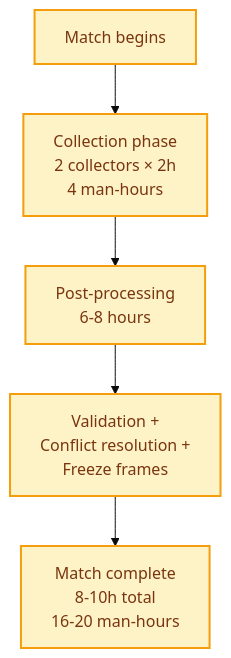
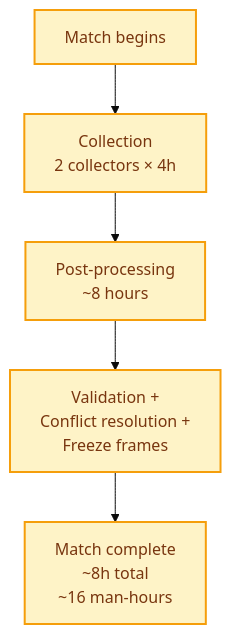
Before and after one commit to saadshahd/saadshahd.github.io: the first of 2 diagrams in src/pages/portfolio/statsbomb.mdx, drawn with Mermaid (base theme). The commit also changed other lines of this file, not shown here.

Commit message:
style(diagrams): reduce header-to-diagram spacing (mb-6 → mb-2)

````diff
--- a/src/pages/portfolio/statsbomb.mdx
+++ b/src/pages/portfolio/statsbomb.mdx
@@ -159,17 +159,16 @@
 ```mermaid
 graph TD
-    Start["Match begins"] --> Collect["Collection phase
-    2 collectors × 2h
-    4 man-hours"]
+    Start["Match begins"] --> Collect["Collection
+    2 collectors × 4h"]
     Collect --> Post["Post-processing
-    6-8 hours"]
+    ~8 hours"]
     Post --> Valid["Validation +
     Conflict resolution +
     Freeze frames"]
     Valid --> Complete["Match complete
-    8-10h total
-    16-20 man-hours"]
+    ~8h total
+    ~16 man-hours"]
 
     classDef problem fill:#FEF3C7,stroke:#F59E0B,stroke-width:2px,color:#78350F
     class Start,Collect,Post,Valid,Complete problem
 ```
````
